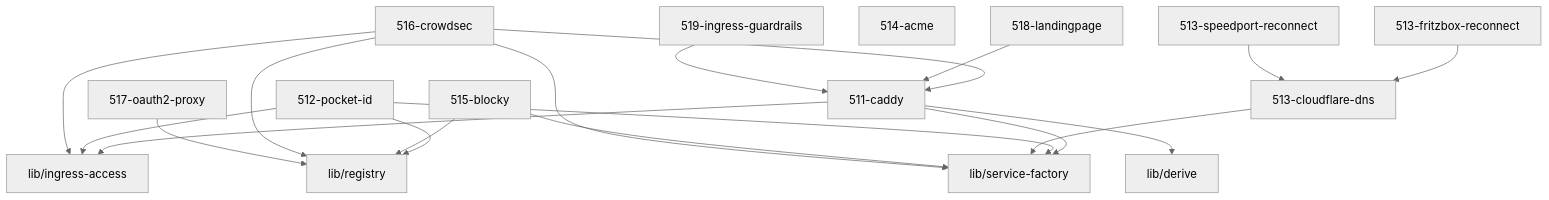
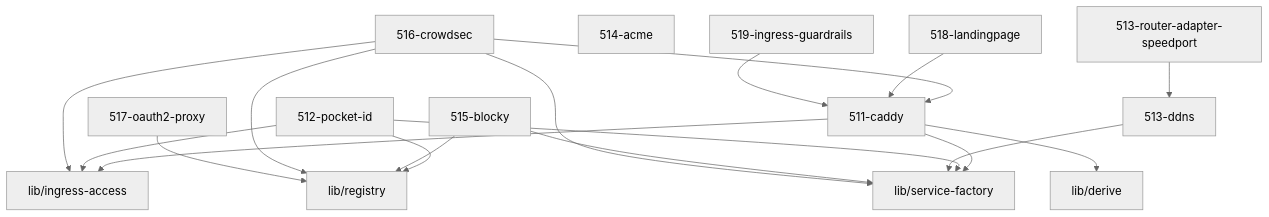
Before and after one commit to grapefruit89/mediNix-core: the diagram in 51-ingress/AGENTS.md, drawn with Mermaid (neutral theme). The commit also changed other lines of this file and 9 other files, not shown here.

First line of the commit message:
feat(ingress): consolidate DDNS and router reconnect into adapter architecture (Slot 513)

````diff
--- a/51-ingress/AGENTS.md
+++ b/51-ingress/AGENTS.md
@@ -168,22 +167,21 @@
 ```mermaid
 graph TD
   511_caddy["511-caddy"] --> derive["lib/derive"]
   511_caddy["511-caddy"] --> ingress_access["lib/ingress-access"]
   511_caddy["511-caddy"] --> service_factory["lib/service-factory"]
   512_pocket_id["512-pocket-id"] --> ingress_access["lib/ingress-access"]
   512_pocket_id["512-pocket-id"] --> registry["lib/registry"]
   512_pocket_id["512-pocket-id"] --> service_factory["lib/service-factory"]
-  513_cloudflare_dns["513-cloudflare-dns"] --> service_factory["lib/service-factory"]
-  513_fritzbox_reconnect["513-fritzbox-reconnect"] --> 513_cloudflare_dns["513-cloudflare-dns"]
-  513_speedport_reconnect["513-speedport-reconnect"] --> 513_cloudflare_dns["513-cloudflare-dns"]
+  513_ddns["513-ddns"] --> service_factory["lib/service-factory"]
+  513_router_adapter_speedport["513-router-adapter-speedport"] --> 513_ddns["513-ddns"]
   514_acme["514-acme"]
   515_blocky["515-blocky"] --> registry["lib/registry"]
   515_blocky["515-blocky"] --> service_factory["lib/service-factory"]
   516_crowdsec["516-crowdsec"] --> ingress_access["lib/ingress-access"]
   516_crowdsec["516-crowdsec"] --> service_factory["lib/service-factory"]
   516_crowdsec["516-crowdsec"] --> registry["lib/registry"]
   516_crowdsec["516-crowdsec"] --> 511_caddy["51-ingress/511-caddy"]
   517_oauth2_proxy["517-oauth2-proxy"] --> registry["lib/registry"]
   518_landingpage["518-landingpage"] --> 511_caddy["511-caddy"]
   519_ingress_guardrails["519-ingress-guardrails"] --> 511_caddy["511-caddy"]
 ```
````
